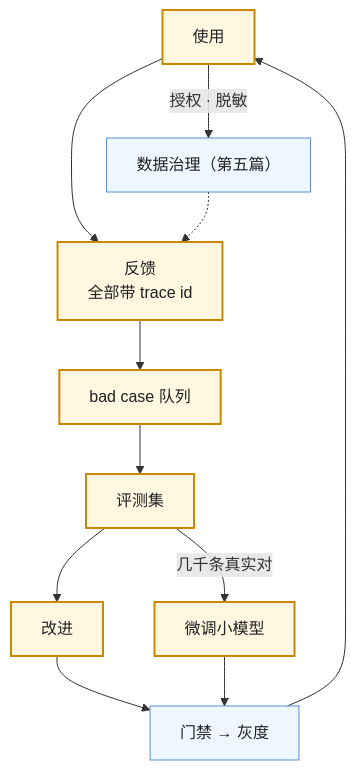
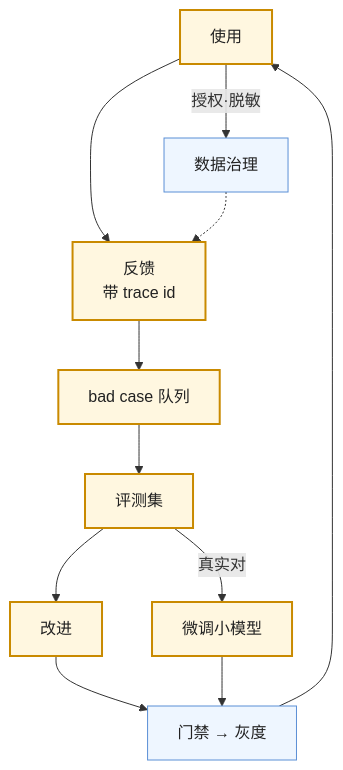
Before and after one commit to arganzheng/arganzheng.github.com: the seventh of 7 diagrams in slides/2026-11-14-production-and-operations.md, drawn with Mermaid. The commit also changed other lines of this file, not shown here.

Commit message:
slides(2026-11-14-production-and-operations): 图内文字 ≥14px——标签缩短/拆分/Unicode 数学

````diff
--- a/slides/2026-11-14-production-and-operations.md
+++ b/slides/2026-11-14-production-and-operations.md
@@ -252,19 +254,19 @@
 ```mermaid
 %%{init: {"flowchart": {"wrappingWidth": 180}}}%%
 flowchart TB
-    U["使用"] --> F["反馈<br/>全部带 trace id"]
+    U["使用"] --> F["反馈<br/>带 trace id"]
     F --> Q["bad case 队列"]
     Q --> E["评测集"]
     E --> I["改进"]
     I --> G["门禁 → 灰度"]
     G --> U
-    U -->|"授权 · 脱敏"| D["数据治理（第五篇）"]
+    U -->|"授权·脱敏"| D["数据治理"]
     D -.-> F
-    E -->|"几千条真实对"| FT["微调小模型"]
+    E -->|"真实对"| FT["微调小模型"]
     FT --> G
 
     classDef step fill:#fff7e0,stroke:#c98a00,stroke-width:2px,color:#222
     classDef gate fill:#eef6ff,stroke:#5b8fd6,color:#222
     class U,F,Q,E,I,FT step
     class G,D gate
 ```
````
